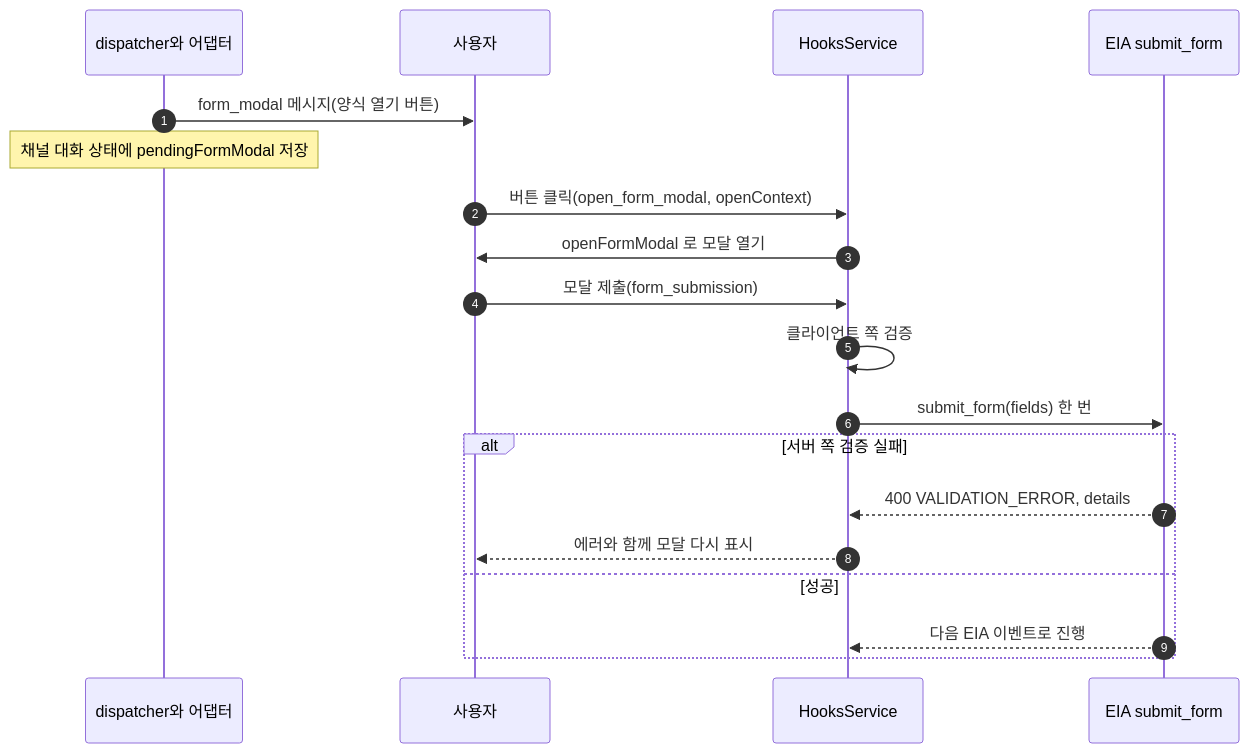
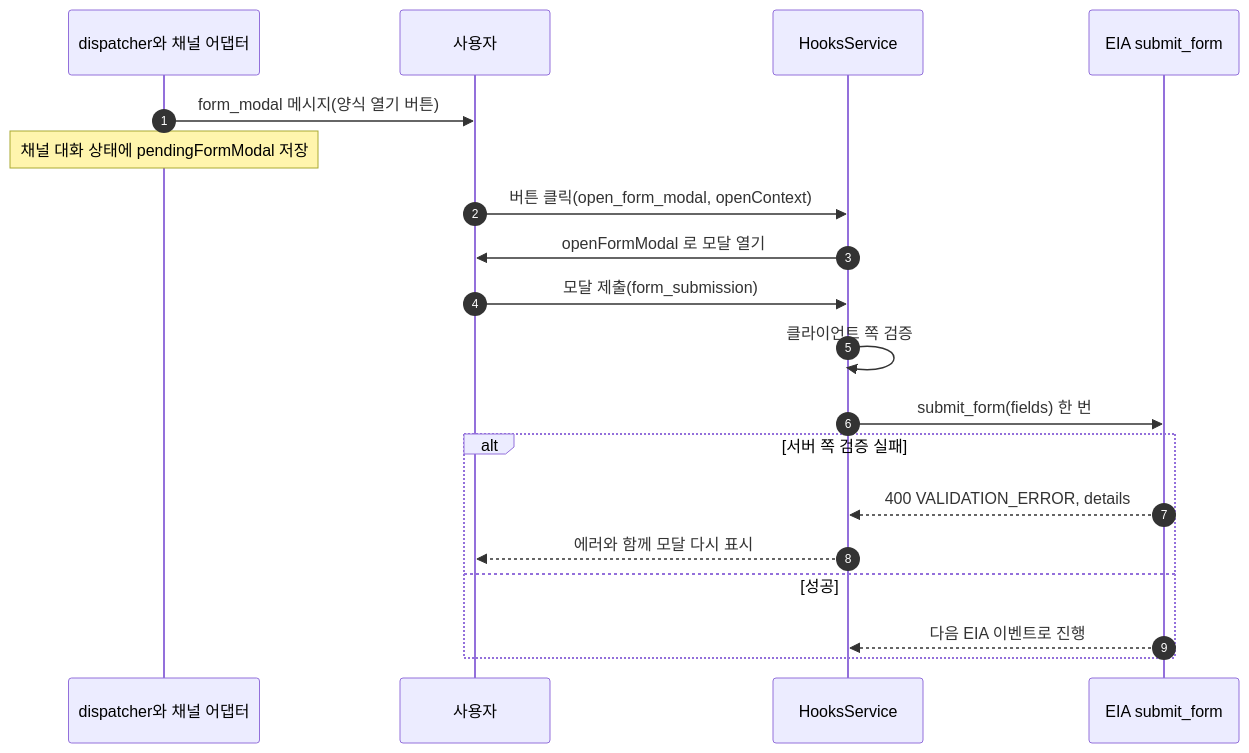
One commit to worker-ants/clemvion changed the diagram in spec/CLE-CHAT/CLE-CHAT-ADAPTER.md. Above: the diagram before and after it, drawn with Mermaid. The commit also changed other lines of this file and 8 other files, not shown here.

````diff
--- a/spec/CLE-CHAT/CLE-CHAT-ADAPTER.md
+++ b/spec/CLE-CHAT/CLE-CHAT-ADAPTER.md
@@ -510,21 +583,21 @@
 ```mermaid
 sequenceDiagram
   autonumber
-  participant D as dispatcher와 어댑터
+  participant D as dispatcher와 채널 어댑터
   participant U as 사용자
   participant H as HooksService
   participant E as EIA submit_form
   D->>U: form_modal 메시지(양식 열기 버튼)
   Note over D: 채널 대화 상태에 pendingFormModal 저장
   U->>H: 버튼 클릭(open_form_modal, openContext)
   H->>U: openFormModal 로 모달 열기
   U->>H: 모달 제출(form_submission)
   H->>H: 클라이언트 쪽 검증
   H->>E: submit_form(fields) 한 번
   alt 서버 쪽 검증 실패
     E-->>H: 400 VALIDATION_ERROR, details
     H-->>U: 에러와 함께 모달 다시 표시
   else 성공
     E-->>H: 다음 EIA 이벤트로 진행
   end
 ```
````
